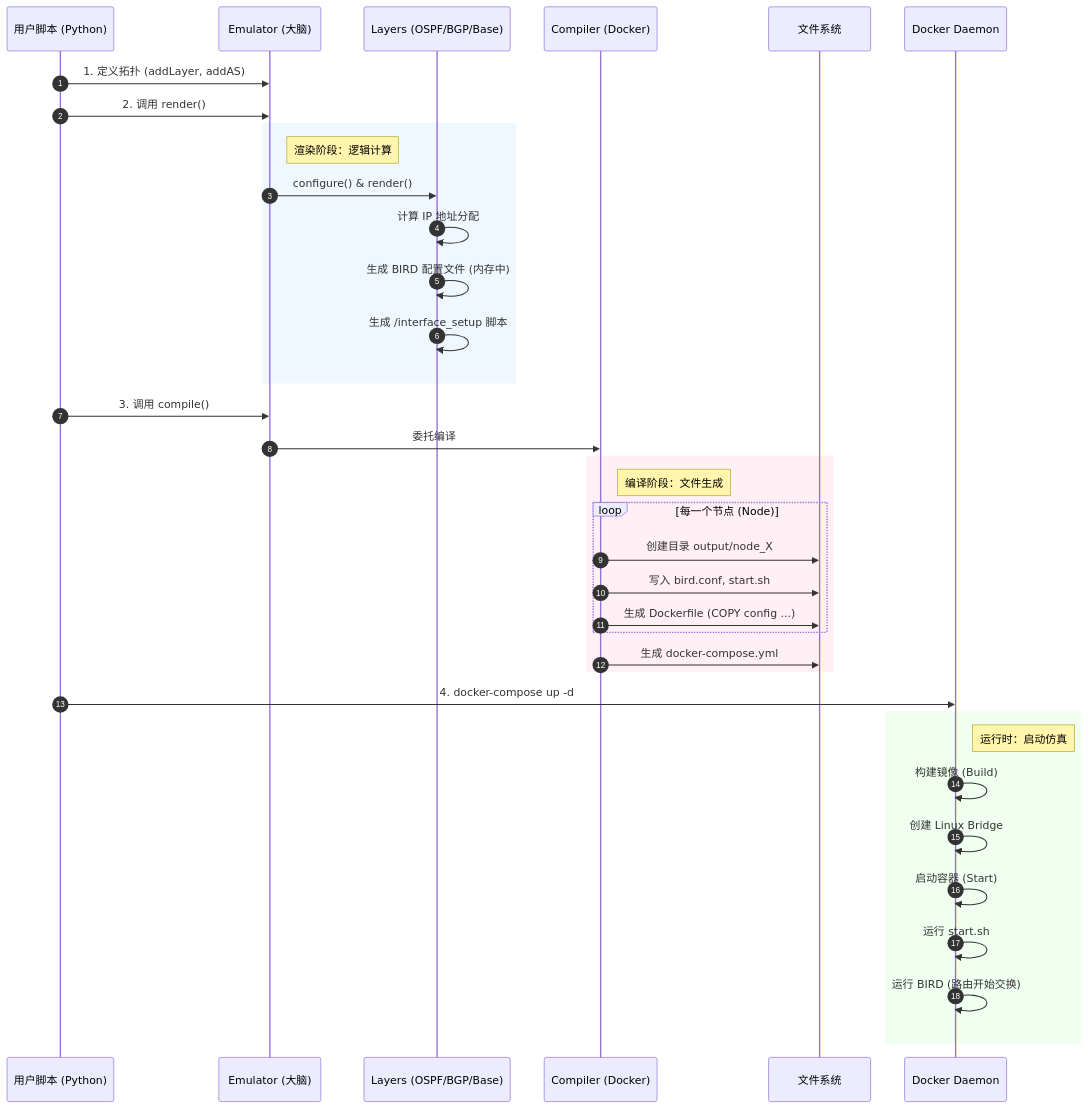
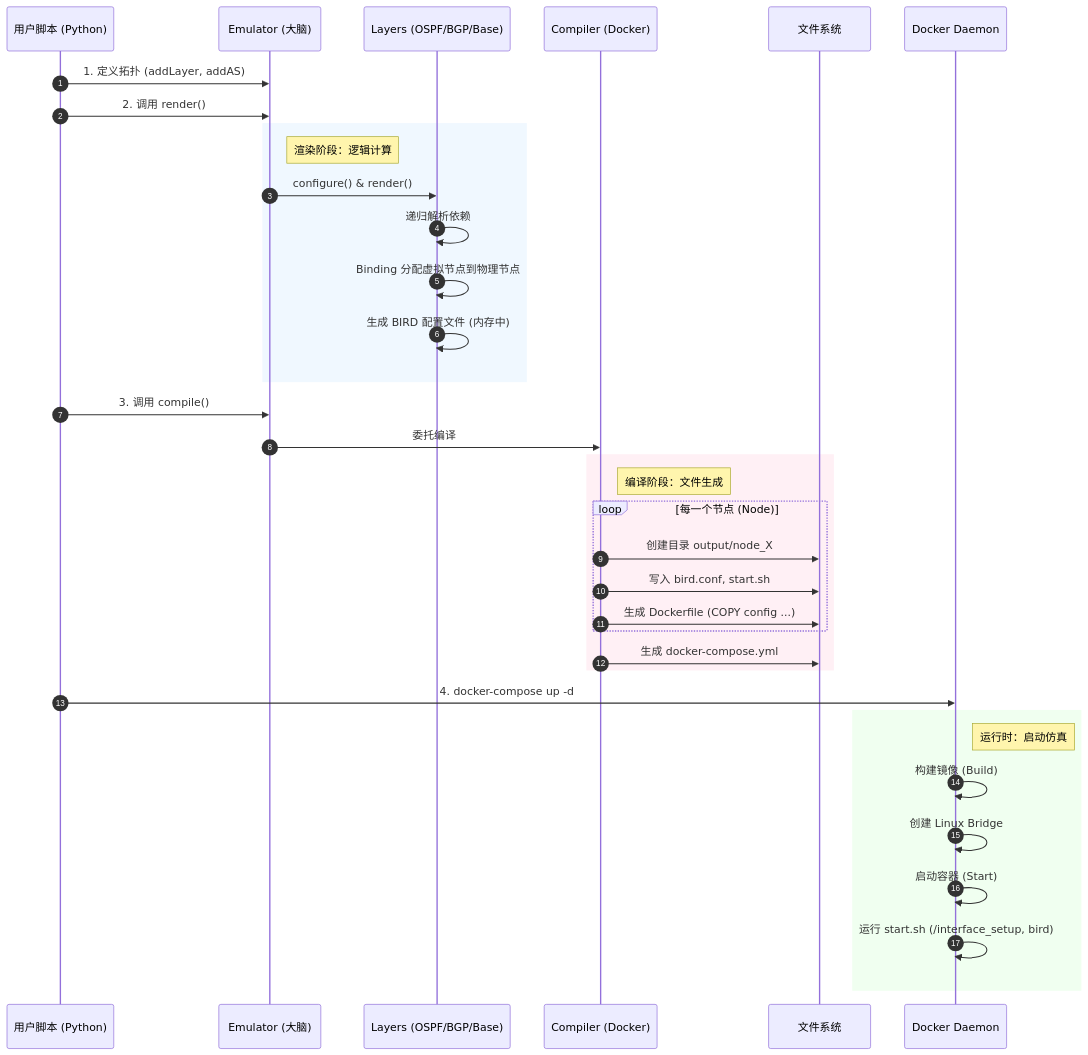
Before and after one commit to Anchorite-no/seed-emulator: the third of 3 diagrams in SEED_EMULATOR_DEEP_DIVE.md, drawn with Mermaid. The commit also changed other lines of this file, not shown here.

First line of the commit message:
Update SEED Emulator Whitepaper with deep features and localized diagrams

````diff
--- a/SEED_EMULATOR_DEEP_DIVE.md
+++ b/SEED_EMULATOR_DEEP_DIVE.md
@@ -277,45 +259,44 @@
 ```mermaid
 sequenceDiagram
     autonumber
     participant User as 用户脚本 (Python)
     participant Emu as Emulator (大脑)
     participant Layer as Layers (OSPF/BGP/Base)
     participant Compiler as Compiler (Docker)
     participant Disk as 文件系统
     participant Docker as Docker Daemon
 
     User->>Emu: 1. 定义拓扑 (addLayer, addAS)
     User->>Emu: 2. 调用 render()
 
     rect rgb(240, 248, 255)
         Note right of Emu: 渲染阶段：逻辑计算
         Emu->>Layer: configure() & render()
-        Layer->>Layer: 计算 IP 地址分配
+        Layer->>Layer: 递归解析依赖
+        Layer->>Layer: Binding 分配虚拟节点到物理节点
         Layer->>Layer: 生成 BIRD 配置文件 (内存中)
-        Layer->>Layer: 生成 /interface_setup 脚本
     end
 
     User->>Emu: 3. 调用 compile()
     Emu->>Compiler: 委托编译
 
     rect rgb(255, 240, 245)
         Note right of Compiler: 编译阶段：文件生成
         loop 每一个节点 (Node)
             Compiler->>Disk: 创建目录 output/node_X
             Compiler->>Disk: 写入 bird.conf, start.sh
             Compiler->>Disk: 生成 Dockerfile (COPY config ...)
         end
         Compiler->>Disk: 生成 docker-compose.yml
     end
 
     User->>Docker: 4. docker-compose up -d
 
     rect rgb(240, 255, 240)
         Note right of Docker: 运行时：启动仿真
         Docker->>Docker: 构建镜像 (Build)
         Docker->>Docker: 创建 Linux Bridge
         Docker->>Docker: 启动容器 (Start)
-        Docker->>Docker: 运行 start.sh
-        Docker->>Docker: 运行 BIRD (路由开始交换)
+        Docker->>Docker: 运行 start.sh (/interface_setup, bird)
     end
 ```
````
